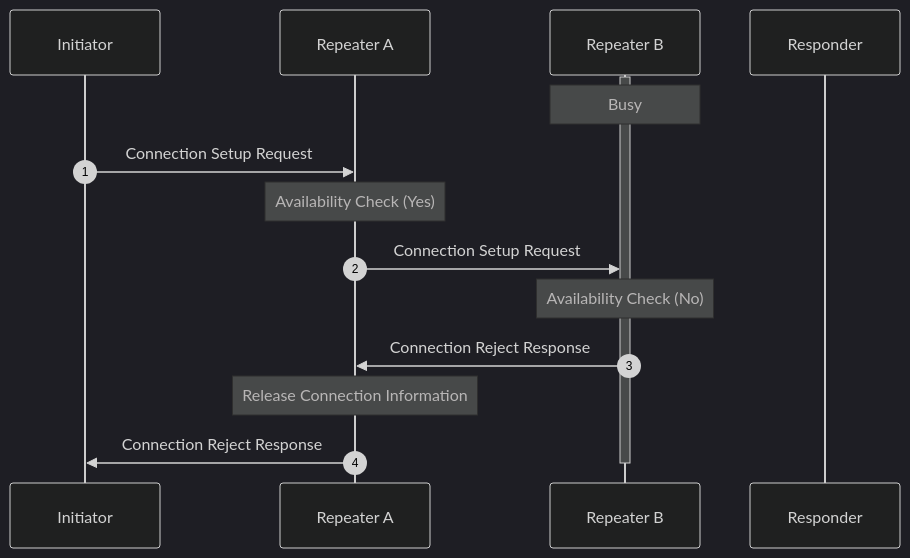
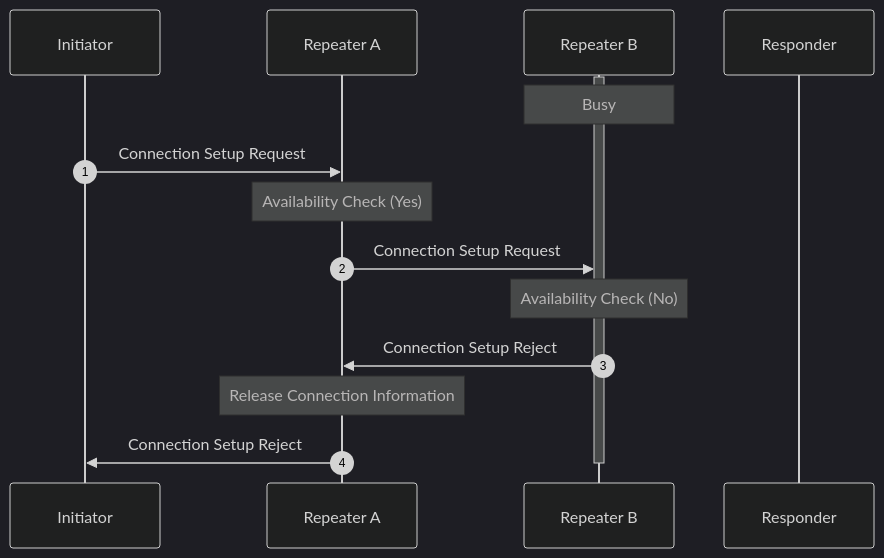
Before and after one commit to sfc-aqua/RuleSetSpec: the second of 5 diagrams in 2.1.1.ConnectionSetup.md, drawn with Mermaid (dark theme). The commit also changed other lines of this file and 1 other file, not shown here.

````diff
--- a/2.1.1.ConnectionSetup.md
+++ b/2.1.1.ConnectionSetup.md
@@ -175,24 +246,24 @@
 ```mermaid
 sequenceDiagram
     autonumber
     participant Initiator
     participant Repeater A
     Participant Repeater B
     participant Responder
 
 
     activate Repeater B
     Note over Repeater B: Busy
 
     Initiator ->> Repeater A: Connection Setup Request
     Note over Repeater A: Availability Check (Yes)
 
     Repeater A ->> Repeater B: Connection Setup Request
     Note over Repeater B: Availability Check (No)
 
-    Repeater B ->> Repeater A: Connection Reject Response
+    Repeater B ->> Repeater A: Connection Setup Reject
     Note over Repeater A: Release Connection Information
 
-    Repeater A ->> Initiator: Connection Reject Response
+    Repeater A ->> Initiator: Connection Setup Reject
     deactivate Repeater B
 ```
````
